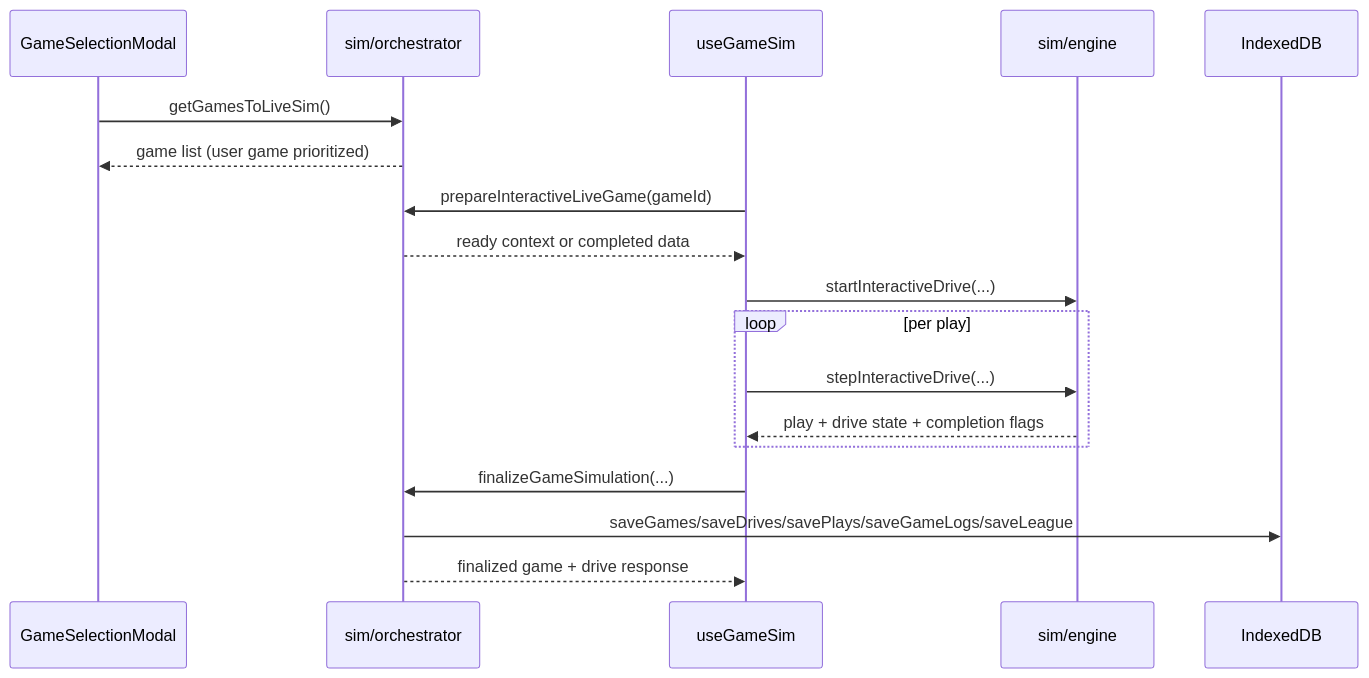
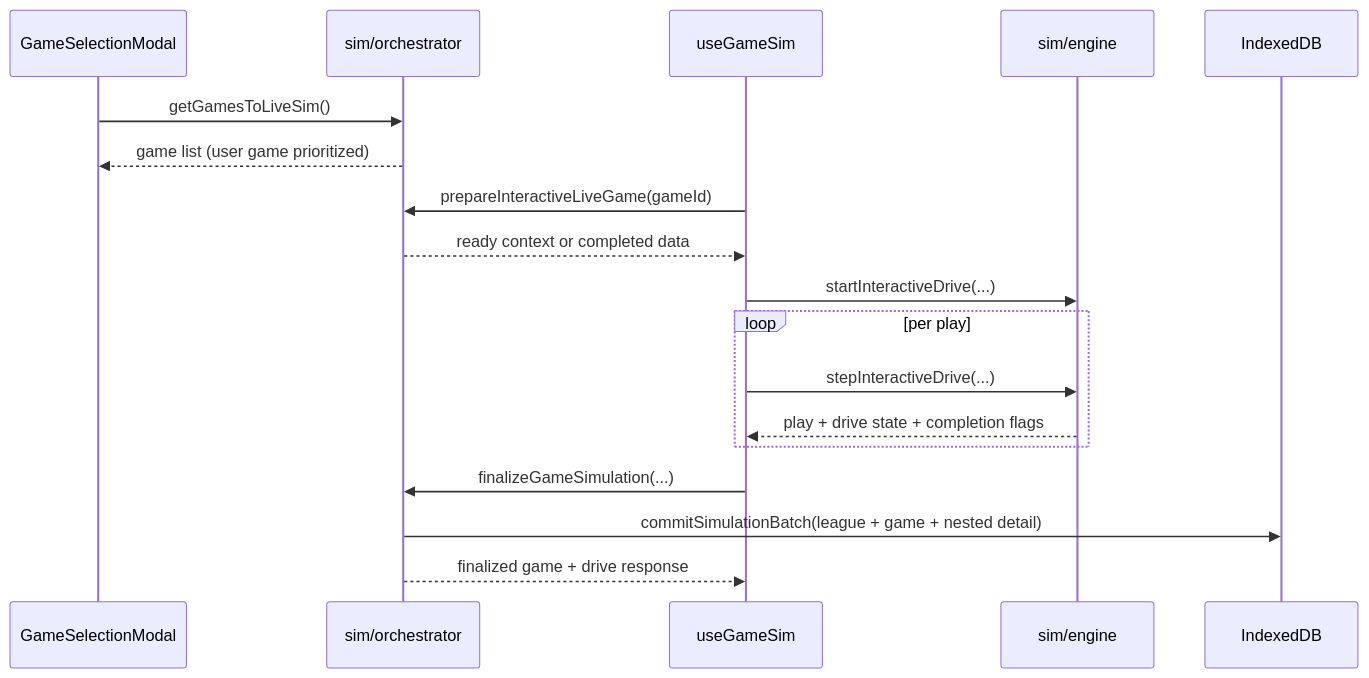
The diagram in docs/interfaces/ui-sim-integration.md (rdettling/cfbsim), drawn with Mermaid before and after one commit. The commit also changed other lines of this file and 18 other files, not shown here.

````diff
--- a/docs/interfaces/ui-sim-integration.md
+++ b/docs/interfaces/ui-sim-integration.md
@@ -57,21 +57,21 @@
 ```mermaid
 sequenceDiagram
   participant Modal as GameSelectionModal
   participant Domain as sim/orchestrator
   participant Hook as useGameSim
   participant Engine as sim/engine
   participant DB as IndexedDB
 
   Modal->>Domain: getGamesToLiveSim()
   Domain-->>Modal: game list (user game prioritized)
   Hook->>Domain: prepareInteractiveLiveGame(gameId)
   Domain-->>Hook: ready context or completed data
   Hook->>Engine: startInteractiveDrive(...)
   loop per play
     Hook->>Engine: stepInteractiveDrive(...)
     Engine-->>Hook: play + drive state + completion flags
   end
   Hook->>Domain: finalizeGameSimulation(...)
-  Domain->>DB: saveGames/saveDrives/savePlays/saveGameLogs/saveLeague
+  Domain->>DB: commitSimulationBatch(league + game + nested detail)
   Domain-->>Hook: finalized game + drive response
 ```
````
